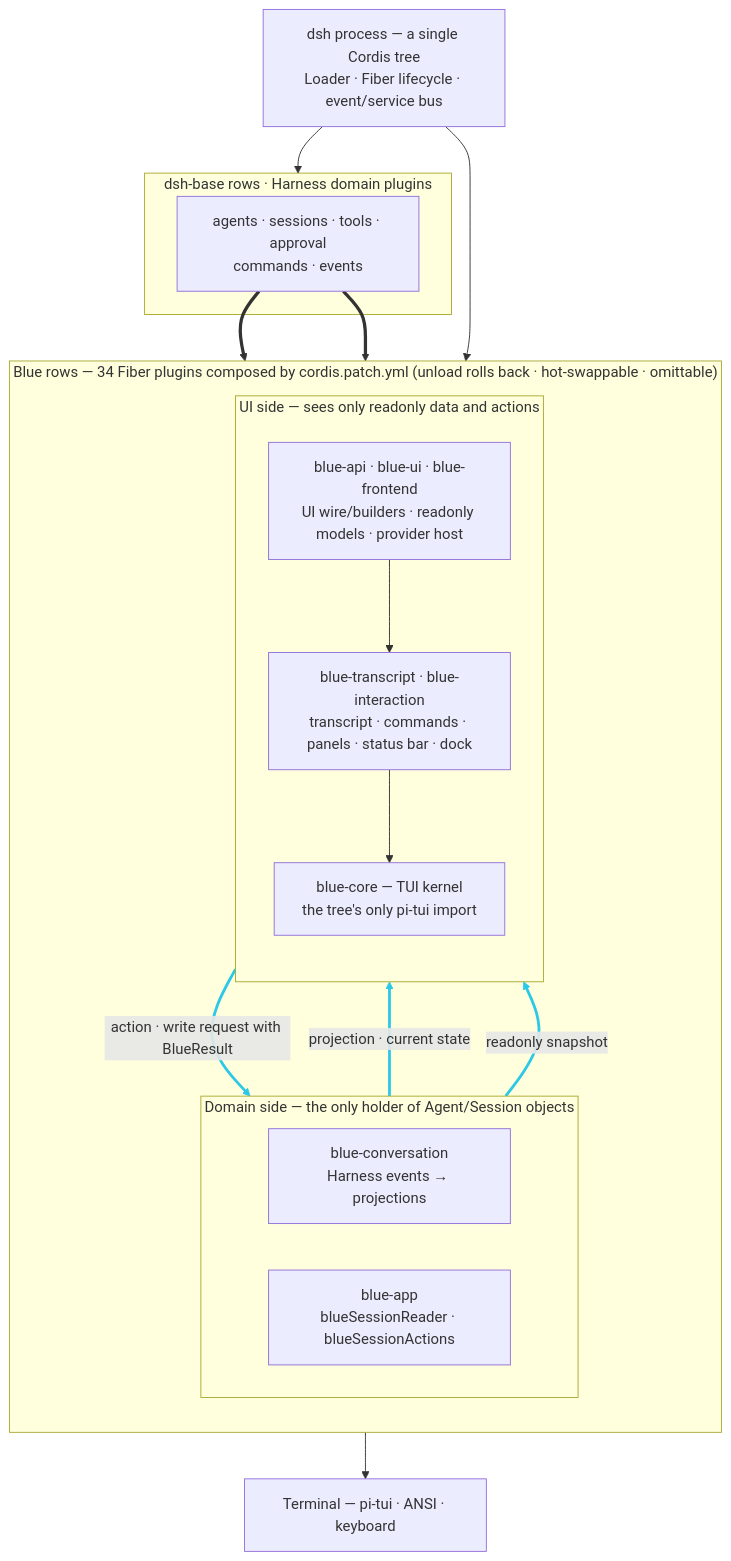
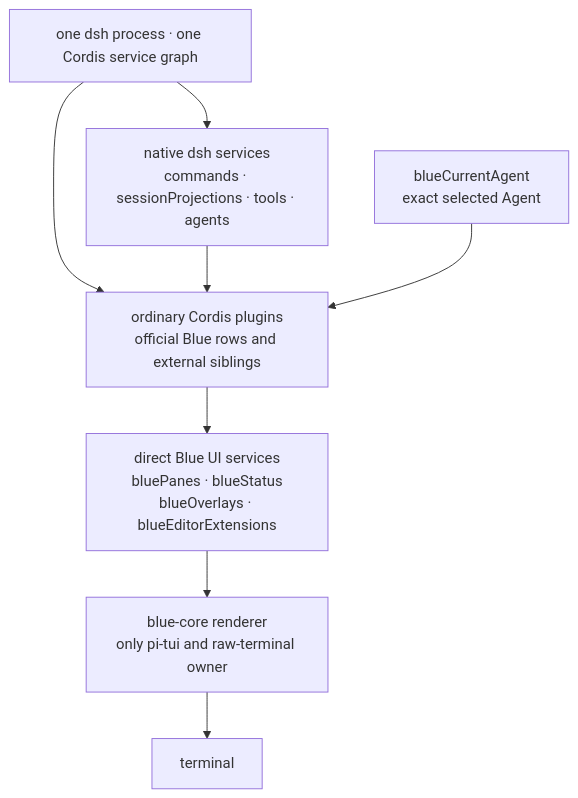
The diagram in docs/diagrams/blue-layers.en.mmd (dsh-blue/blue), drawn with Mermaid before and after one commit. The commit also changed 535 other files, not shown here.

First line of the commit message:
refactor!: replace capability host with direct Cordis services

```diff
--- a/docs/diagrams/blue-layers.en.mmd
+++ b/docs/diagrams/blue-layers.en.mmd
@@ -1,36 +1,16 @@
 flowchart TB
-    ROOT["dsh process — a single Cordis tree<br/>Loader · Fiber lifecycle · event/service bus"]
+    ROOT["one dsh process · one Cordis service graph"]
+    DSH["native dsh services<br/>commands · sessionProjections · tools · agents"]
+    PLUGIN["ordinary Cordis plugins<br/>official Blue rows and external siblings"]
+    AGENT["blueCurrentAgent<br/>exact selected Agent"]
+    UI["direct Blue UI services<br/>bluePanes · blueStatus<br/>blueOverlays · blueEditorExtensions"]
+    CORE["blue-core renderer<br/>only pi-tui and raw-terminal owner"]
+    TERM["terminal"]
 
-    subgraph BASE["dsh-base rows · Harness domain plugins"]
-        HAR["agents · sessions · tools · approval<br/>commands · events"]
-    end
-
-    subgraph BLUE["Blue rows — 34 Fiber plugins composed by cordis.patch.yml (unload rolls back · hot-swappable · omittable)"]
-        direction TB
-        subgraph DOM["Domain side — the only holder of Agent/Session objects"]
-            direction LR
-            CONV["blue-conversation<br/>Harness events → projections"]
-            APP["blue-app<br/>blueSessionReader · blueSessionActions"]
-        end
-        subgraph UI["UI side — sees only readonly data and actions"]
-            direction TB
-            FE["blue-api · blue-ui · blue-frontend<br/>UI wire/builders · readonly models · provider host"]
-            ADP["blue-transcript · blue-interaction<br/>transcript · commands · panels · status bar · dock"]
-            KRN["blue-core — TUI kernel<br/>the tree's only pi-tui import"]
-            FE --> ADP
-            ADP --> KRN
-        end
-        CONV -- "projection · current state" --> FE
-        APP -- "readonly snapshot" --> FE
-        UI -- "action · write request with BlueResult" --> DOM
-    end
-
-    TERM["Terminal — pi-tui · ANSI · keyboard"]
-
-    ROOT --> BASE
-    ROOT --> BLUE
-    HAR ==> CONV
-    HAR ==> APP
-    KRN --> TERM
-
-    linkStyle 2,3,4 stroke:#2bc8e8,stroke-width:3px
+    ROOT --> DSH
+    ROOT --> PLUGIN
+    DSH --> PLUGIN
+    AGENT --> PLUGIN
+    PLUGIN --> UI
+    UI --> CORE
+    CORE --> TERM
```
